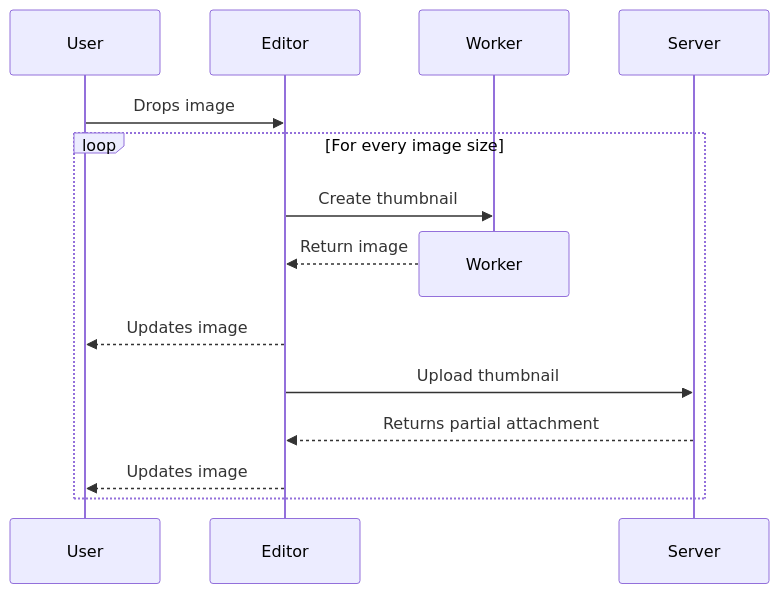
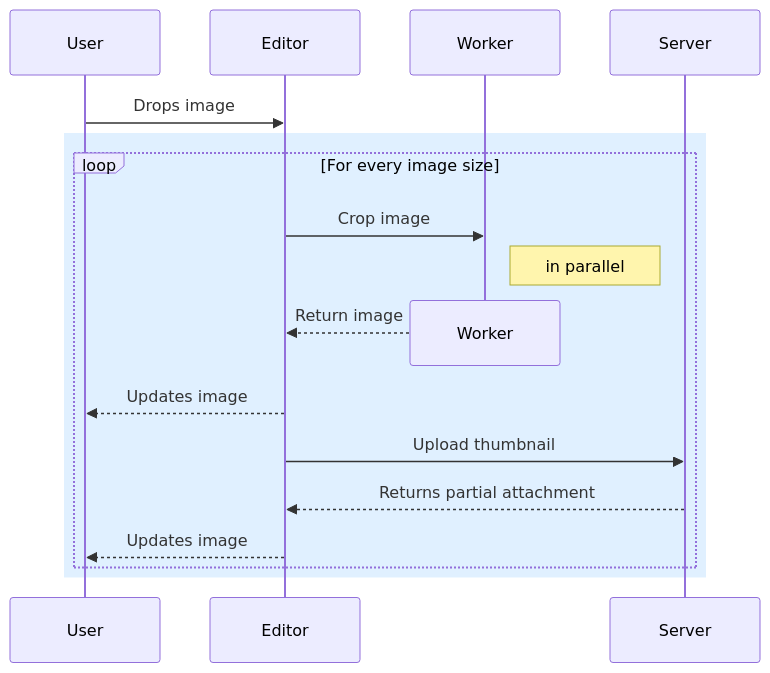
The second of 4 diagrams in docs/technical-overview.md (swissspidy/media-experiments), drawn with Mermaid before and after one commit. The commit also changed other lines of this file, not shown here.

Commit message:
Update diagrams

````diff
--- a/docs/technical-overview.md
+++ b/docs/technical-overview.md
@@ -30,21 +33,24 @@
 ```mermaid
 sequenceDiagram
 	participant U as User
 	participant E as Editor
 	participant W as Worker
 	participant S as Server
 
 	U->>E: Drops image
 
-	loop For every image size
-        E->>W: Create thumbnail
-		destroy W
-	    W-->>E: Return image
-		E-->>U: Updates image
-
-		E->>S: Upload thumbnail
-	    S-->>E: Returns partial attachment
-		E-->>U: Updates image
-    end
-
+	rect rgba(100, 180, 255, 0.2)
+		loop For every image size
+			
+	        E->>W: Crop image
+			note right of W: in parallel
+			destroy W
+		    W-->>E: Return image
+			E-->>U: Updates image
+	
+			E->>S: Upload thumbnail
+		    S-->>E: Returns partial attachment
+			E-->>U: Updates image
+	    end
+	end
 ```
````
